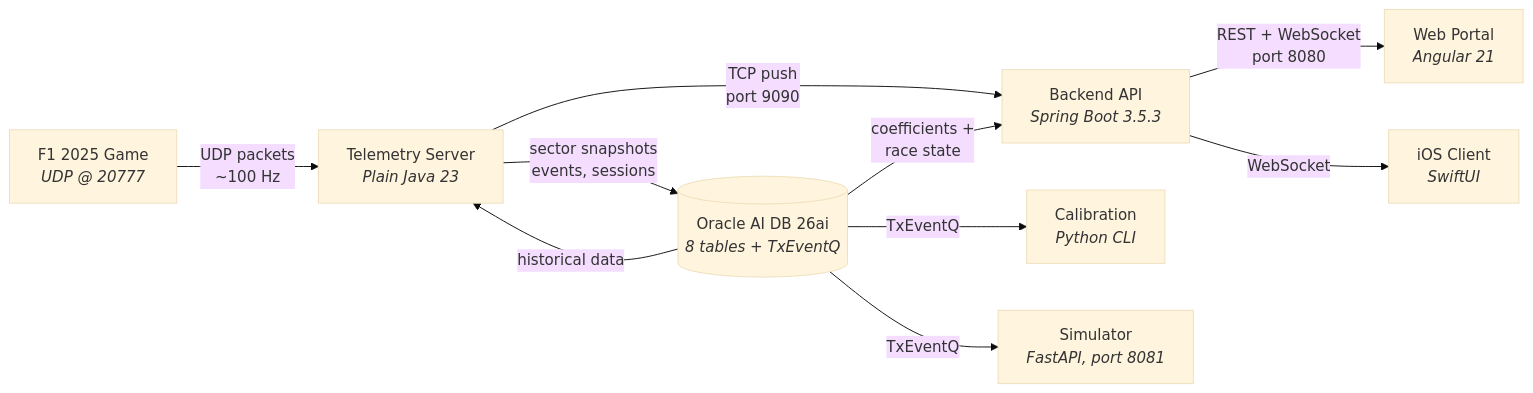
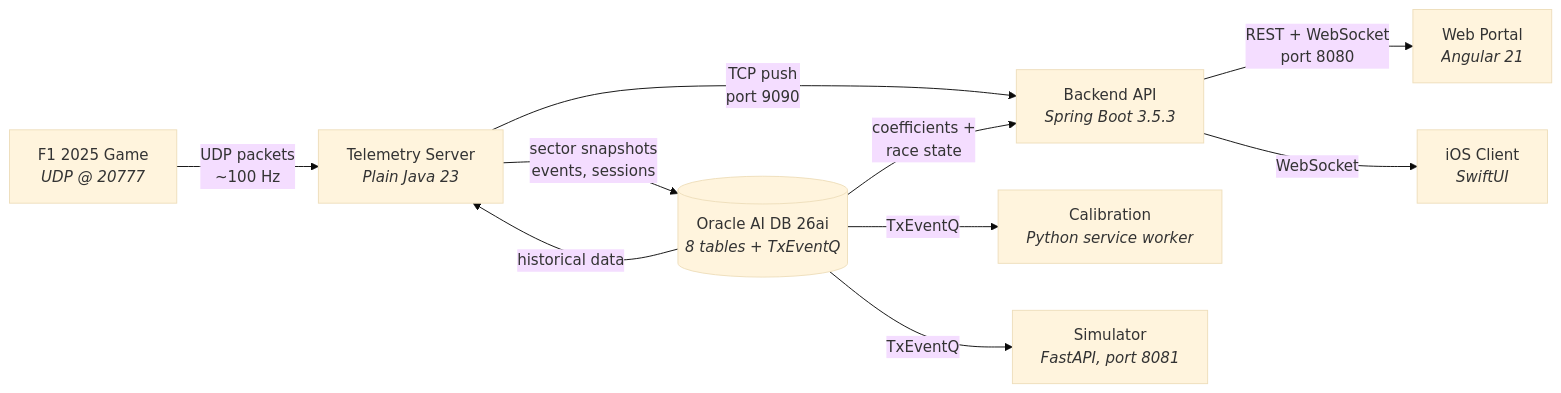
Before and after one commit to vmleon/f12025-race-strategy-simulation: the first of 2 diagrams in README.md, drawn with Mermaid (base theme). The commit also changed other lines of this file, not shown here.

Commit message:
docs(readme): update calibration commands and add compose section

````diff
--- a/README.md
+++ b/README.md
@@ -7,21 +7,21 @@
 ```mermaid
 graph LR
     Game["F1 2025 Game<br/><i>UDP @ 20777</i>"]
     Ingest["Telemetry Server<br/><i>Plain Java 23</i>"]
     DB[("Oracle AI DB 26ai<br/><i>8 tables + TxEventQ</i>")]
     Backend["Backend API<br/><i>Spring Boot 3.5.3</i>"]
-    Calibration["Calibration<br/><i>Python CLI</i>"]
+    Calibration["Calibration<br/><i>Python service worker</i>"]
     Simulator["Simulator<br/><i>FastAPI, port 8081</i>"]
     Portal["Web Portal<br/><i>Angular 21</i>"]
     Client["iOS Client<br/><i>SwiftUI</i>"]
 
     Game -- "UDP packets<br/>~100 Hz" --> Ingest
     Ingest -- "sector snapshots<br/>events, sessions" --> DB
     Ingest -- "TCP push<br/>port 9090" --> Backend
     DB -- "historical data" --> Ingest
     DB -- "TxEventQ" --> Calibration
     DB -- "TxEventQ" --> Simulator
     DB -- "coefficients +<br/>race state" --> Backend
     Backend -- "REST + WebSocket<br/>port 8080" --> Portal
     Backend -- "WebSocket" --> Client
 ```
````
